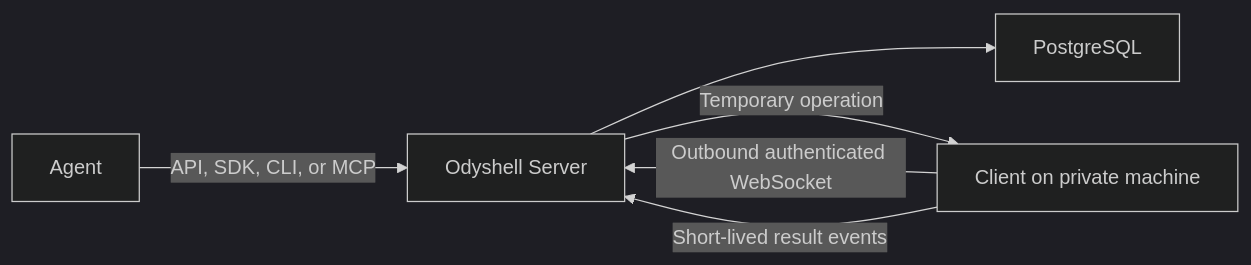
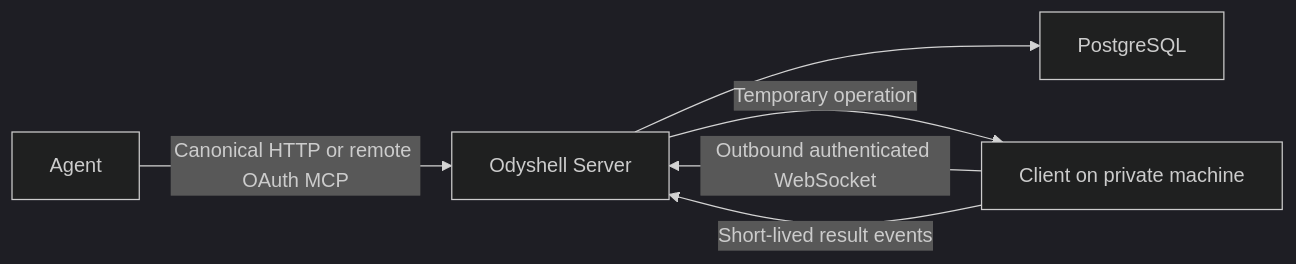
The diagram in docs/mvp.md (kapeka0/Odyshell), drawn with Mermaid (dark theme) before and after one commit. The commit also changed other lines of this file and 18 other files, not shown here.

````diff
--- a/docs/mvp.md
+++ b/docs/mvp.md
@@ -12,8 +12,8 @@
 ```mermaid
 flowchart LR
-    A["Agent"] -->|"API, SDK, CLI, or MCP"| S["Odyshell Server"]
+    A["Agent"] -->|"Canonical HTTP or remote OAuth MCP"| S["Odyshell Server"]
     C["Client on private machine"] -->|"Outbound authenticated WebSocket"| S
     S --> P["PostgreSQL"]
     S -->|"Temporary operation"| C
     C -->|"Short-lived result events"| S
 ```
````
